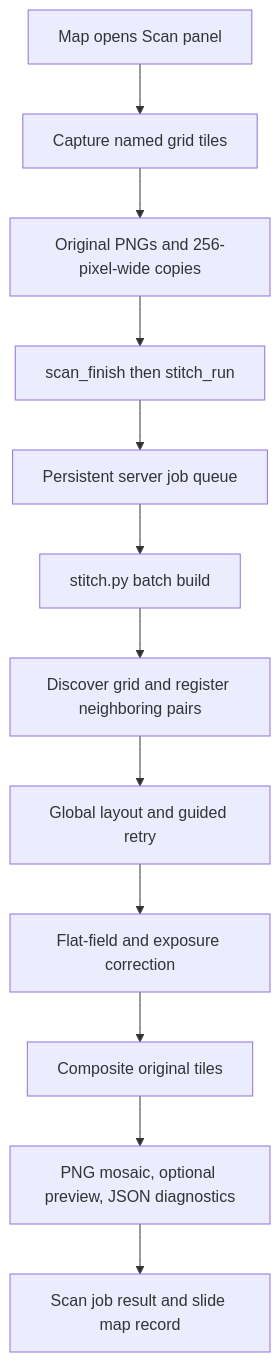
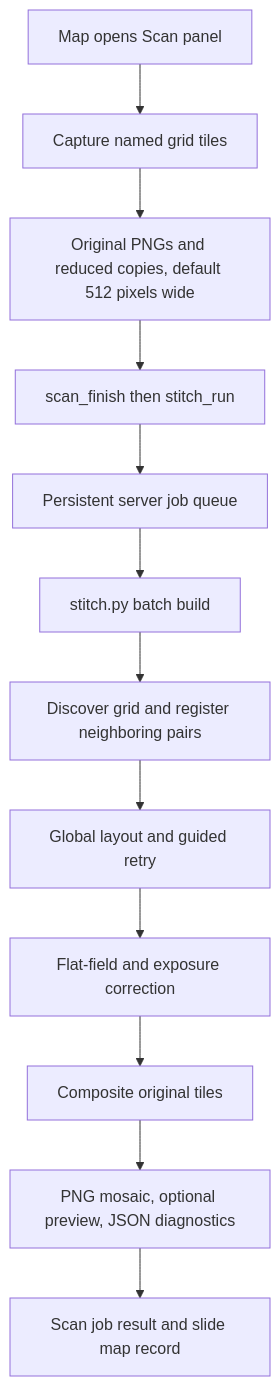
The diagram in map_scan_stitching.md (veryos-git/OpenMicroscopeMotorization), drawn with Mermaid before and after one commit. The commit also changed other lines of this file and 32 other files, not shown here.

````diff
--- a/map_scan_stitching.md
+++ b/map_scan_stitching.md
@@ -29,14 +29,14 @@
 ```mermaid
 flowchart TD
     A[Map opens Scan panel] --> B[Capture named grid tiles]
-    B --> C[Original PNGs and 256-pixel-wide copies]
+    B --> C[Original PNGs and reduced copies, default 512 pixels wide]
     C --> D[scan_finish then stitch_run]
     D --> E[Persistent server job queue]
     E --> F[stitch.py batch build]
     F --> G[Discover grid and register neighboring pairs]
     G --> H[Global layout and guided retry]
     H --> I[Flat-field and exposure correction]
     I --> J[Composite original tiles]
     J --> K[PNG mosaic, optional preview, JSON diagnostics]
     K --> L[Scan job result and slide map record]
 ```
````
